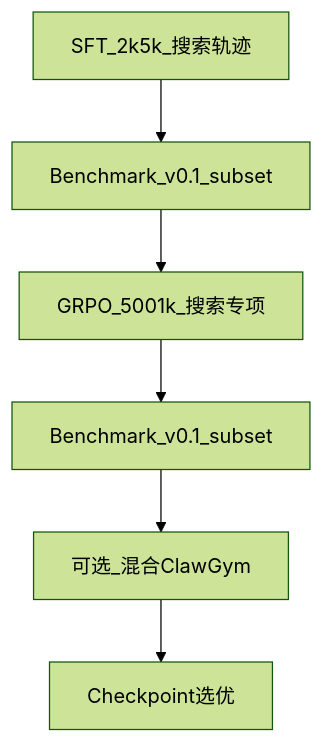
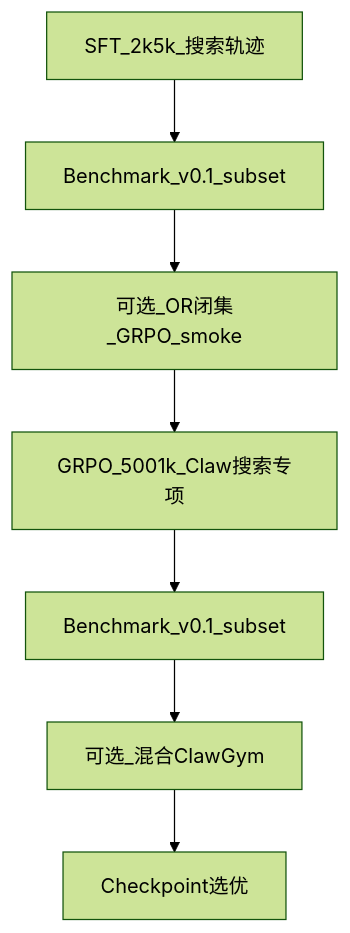
Before and after one commit to JWgpc/agent-search-plan: the diagram in phases/phase5_train.md, drawn with Mermaid (forest theme). The commit also changed other lines of this file and 8 other files, not shown here.

````diff
--- a/phases/phase5_train.md
+++ b/phases/phase5_train.md
@@ -32,8 +65,9 @@
 ```mermaid
 flowchart TD
   SFT[SFT_2k5k_搜索轨迹] --> E1[Benchmark_v0.1_subset]
-  E1 --> RL[GRPO_5001k_搜索专项]
+  E1 --> SM[可选_OR闭集_GRPO_smoke]
+  SM --> RL[GRPO_5001k_Claw搜索专项]
   RL --> E2[Benchmark_v0.1_subset]
   E2 --> Mix[可选_混合ClawGym]
   Mix --> Pick[Checkpoint选优]
 ```
````
